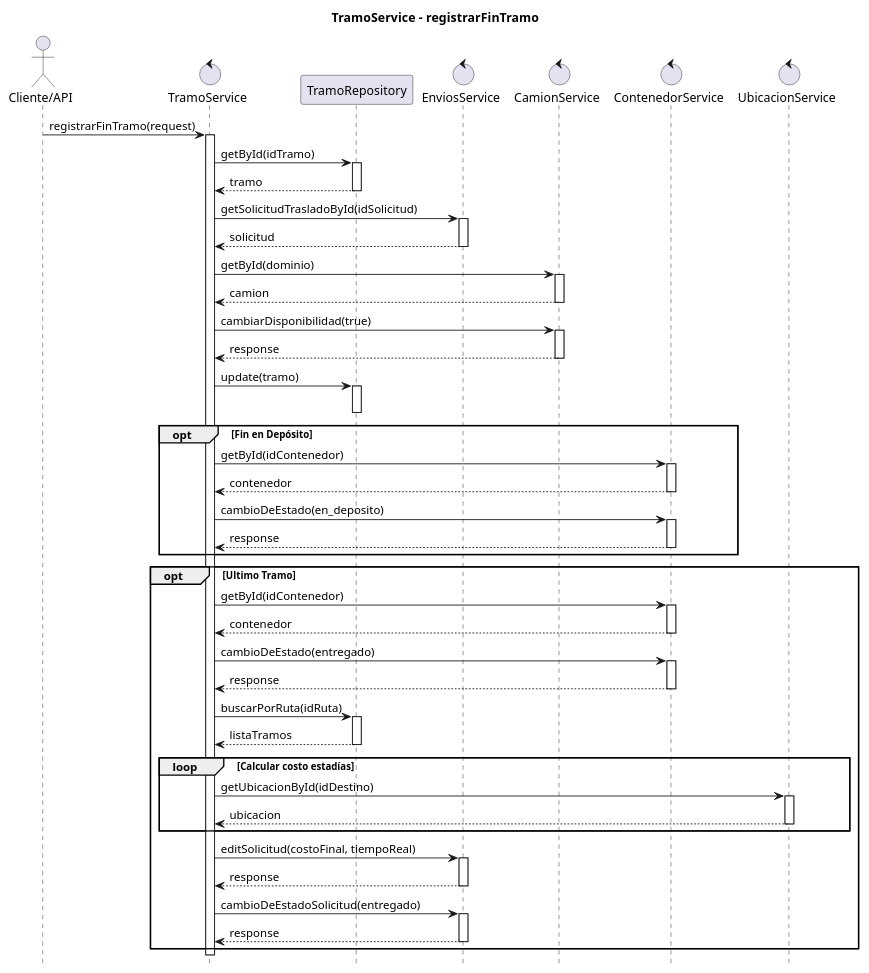
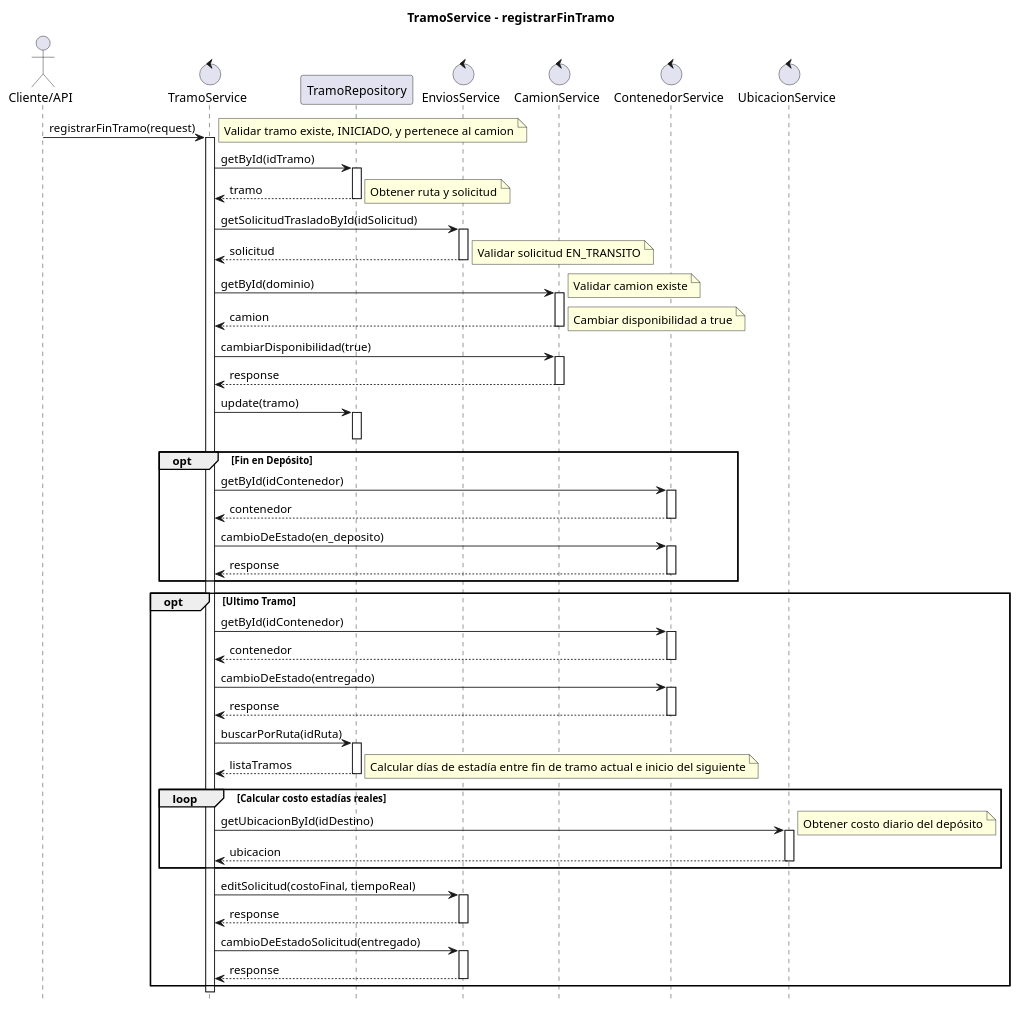
The diagram in diagramas/registrarFinTramo.puml (JulianTs0/contenedores-api), drawn with PlantUML before and after one commit. The commit also changed 16 other files, not shown here.

Commit message:
Se actualizaron los diagramas

```diff
--- a/diagramas/registrarFinTramo.puml
+++ b/diagramas/registrarFinTramo.puml
@@ -1,88 +1,100 @@
 @startuml
 title TramoService - registrarFinTramo
 
 hide footbox
 
 actor "Cliente/API" as C
 control "TramoService" as TS
 participant "TramoRepository" as TR
 control "EnviosService" as ES
 control "CamionService" as CMS
 control "ContenedorService" as CS
 control "UbicacionService" as UBS
 
 C -> TS: registrarFinTramo(request)
+
 activate TS
+
+note right: Validar tramo existe, INICIADO, y pertenece al camion
 
 TS -> TR: getById(idTramo)
 activate TR
 TR --> TS: tramo
 deactivate TR
 
+note right: Obtener ruta y solicitud
+
 TS -> ES: getSolicitudTrasladoById(idSolicitud)
 activate ES
 ES --> TS: solicitud
 deactivate ES
 
+note right: Validar solicitud EN_TRANSITO
+
 TS -> CMS: getById(dominio)
 activate CMS
+note right: Validar camion existe
 CMS --> TS: camion
 deactivate CMS
+
+note right: Cambiar disponibilidad a true
 
 TS -> CMS: cambiarDisponibilidad(true)
 activate CMS
 CMS --> TS: response
 deactivate CMS
 
 TS -> TR: update(tramo)
 activate TR
 deactivate TR
 
 opt Fin en Depósito
     TS -> CS: getById(idContenedor)
     activate CS
     CS --> TS: contenedor
     deactivate CS
 
     TS -> CS: cambioDeEstado(en_deposito)
     activate CS
     CS --> TS: response
     deactivate CS
 end
 
 opt Ultimo Tramo
     TS -> CS: getById(idContenedor)
     activate CS
     CS --> TS: contenedor
     deactivate CS
 
     TS -> CS: cambioDeEstado(entregado)
     activate CS
     CS --> TS: response
     deactivate CS
 
     TS -> TR: buscarPorRuta(idRuta)
     activate TR
     TR --> TS: listaTramos
     deactivate TR
     
-    loop Calcular costo estadías
+    loop Calcular costo estadías reales
+        note right: Calcular días de estadía entre fin de tramo actual e inicio del siguiente
         TS -> UBS: getUbicacionById(idDestino)
         activate UBS
+        note right: Obtener costo diario del depósito
         UBS --> TS: ubicacion
         deactivate UBS
     end
     
     TS -> ES: editSolicitud(costoFinal, tiempoReal)
     activate ES
     ES --> TS: response
     deactivate ES
 
     TS -> ES: cambioDeEstadoSolicitud(entregado)
     activate ES
     ES --> TS: response
     deactivate ES
 end
 
 deactivate TS
 @enduml
```
